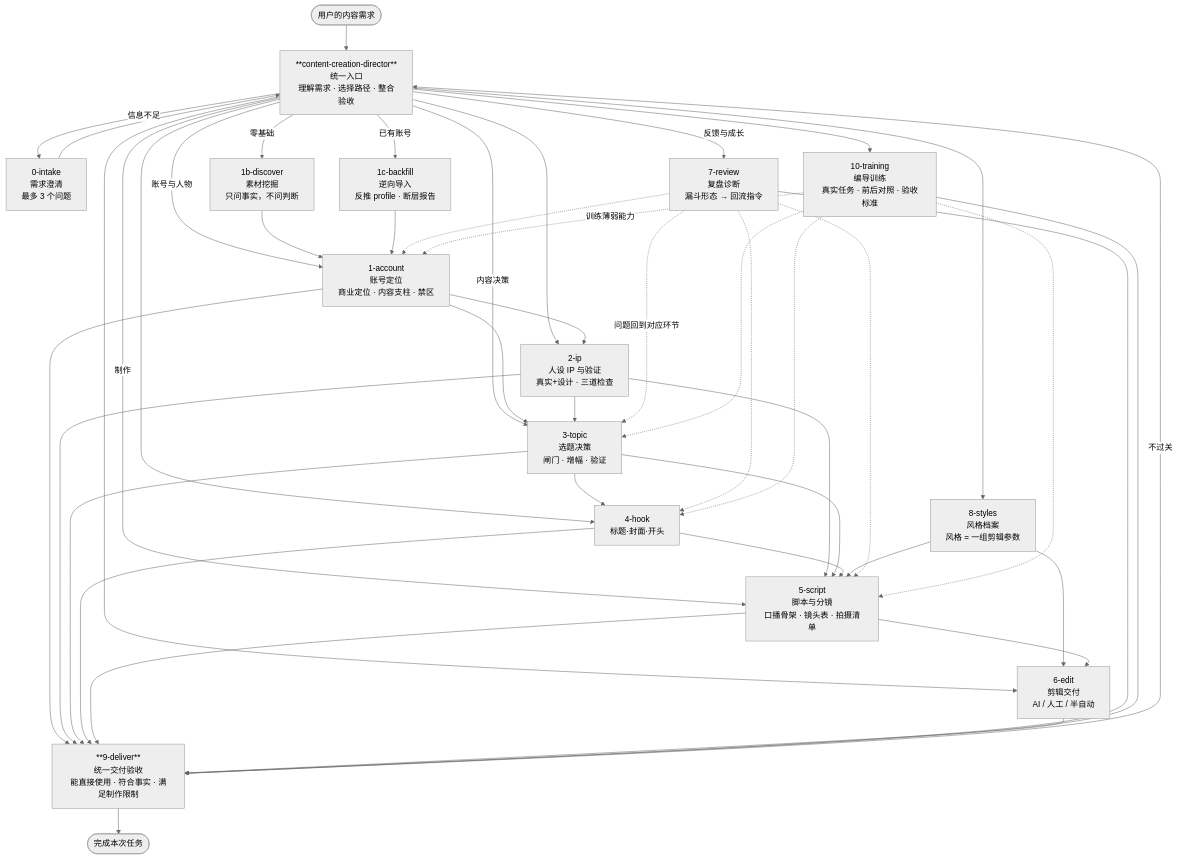
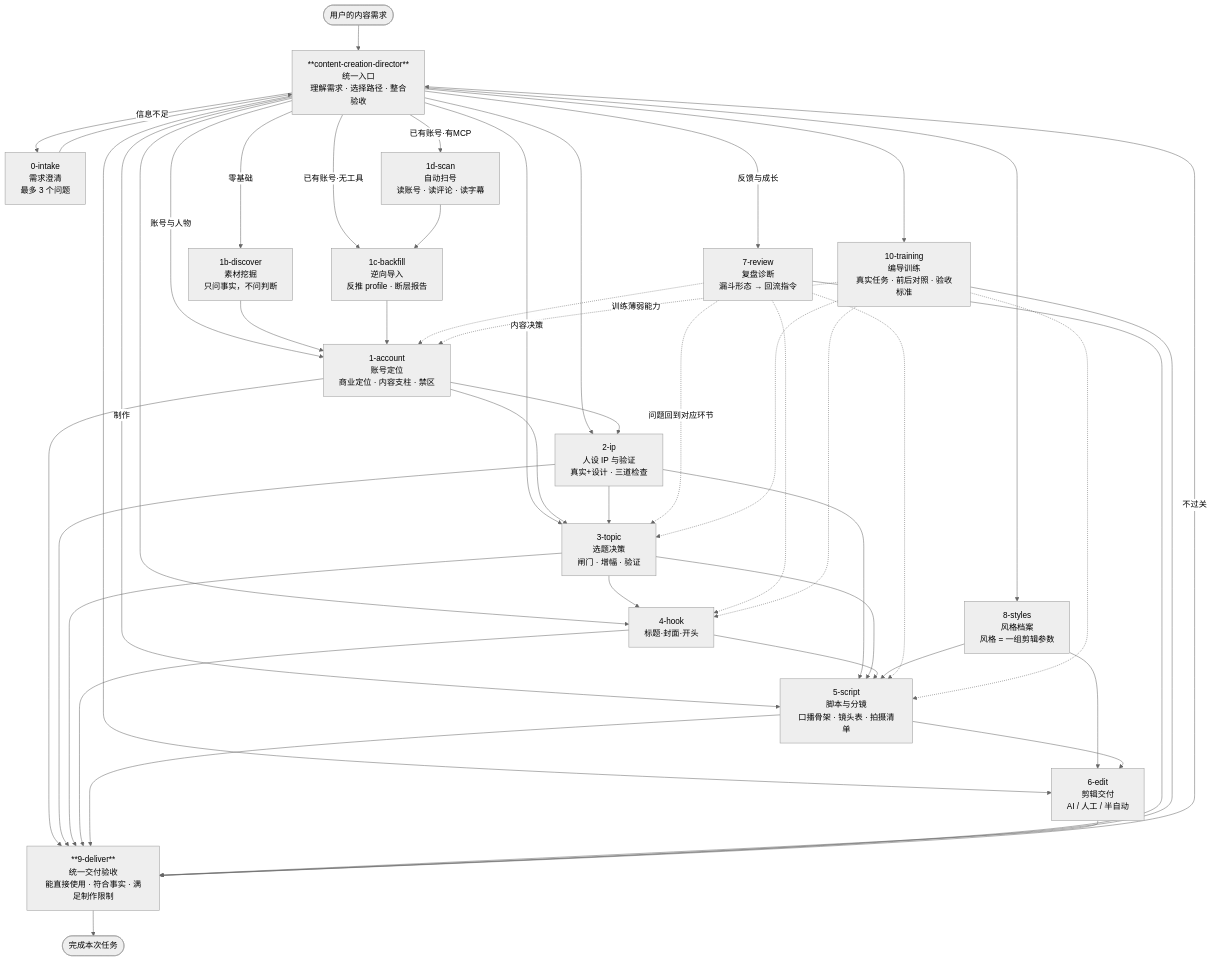
Before and after one commit to maxtongwang/content-creation-director: the diagram in docs/architecture.md, drawn with Mermaid (neutral theme). The commit also changed 14 other files, not shown here.

````diff
--- a/docs/architecture.md
+++ b/docs/architecture.md
@@ -8,55 +8,57 @@
 ```mermaid
 flowchart TB
     U([用户的内容需求]) --> M["**content-creation-director**<br/>统一入口<br/>理解需求 · 选择路径 · 整合验收"]
 
     M -- 信息不足 --> I["0-intake<br/>需求澄清<br/>最多 3 个问题"]
     I --> M
 
     M -- 账号与人物 --> A["1-account<br/>账号定位<br/>商业定位 · 内容支柱 · 禁区"]
     M -- 零基础 --> D["1b-discover<br/>素材挖掘<br/>只问事实，不问判断"]
-    M -- 已有账号 --> B["1c-backfill<br/>逆向导入<br/>反推 profile · 断层报告"]
+    M -- 已有账号·无工具 --> B["1c-backfill<br/>逆向导入<br/>反推 profile · 断层报告"]
+    M -- 已有账号·有MCP --> N["1d-scan<br/>自动扫号<br/>读账号 · 读评论 · 读字幕"]
     M --> P["2-ip<br/>人设 IP 与验证<br/>真实+设计 · 三道检查"]
     M --> Y["8-styles<br/>风格档案<br/>风格 = 一组剪辑参数"]
 
     M -- 内容决策 --> T["3-topic<br/>选题决策<br/>闸门 · 增幅 · 验证"]
     M --> H["4-hook<br/>标题·封面·开头"]
 
     M -- 制作 --> S["5-script<br/>脚本与分镜<br/>口播骨架 · 镜头表 · 拍摄清单"]
     M --> E["6-edit<br/>剪辑交付<br/>AI / 人工 / 半自动"]
 
     M -- 反馈与成长 --> V["7-review<br/>复盘诊断<br/>漏斗形态 → 回流指令"]
     M --> C["10-training<br/>编导训练<br/>真实任务 · 前后对照 · 验收标准"]
 
     D --> A
     B --> A
+    N --> B
     A --> P
     A --> T
     P --> T
     P --> S
     T --> H
     T --> S
     H --> S
     Y --> S
     Y --> E
     S --> E
 
     V -. 问题回到对应环节 .-> T
     V -.-> H
     V -.-> S
     V -.-> A
     C -. 训练薄弱能力 .-> A
     C -.-> T
     C -.-> H
     C -.-> S
 
     A --> O["**9-deliver**<br/>统一交付验收<br/>能直接使用 · 符合事实 · 满足制作限制"]
     P --> O
     T --> O
     H --> O
     S --> O
     E --> O
     V --> O
     C --> O
     O -- 不过关 --> M
     O --> Z([完成本次任务])
 ```
````
